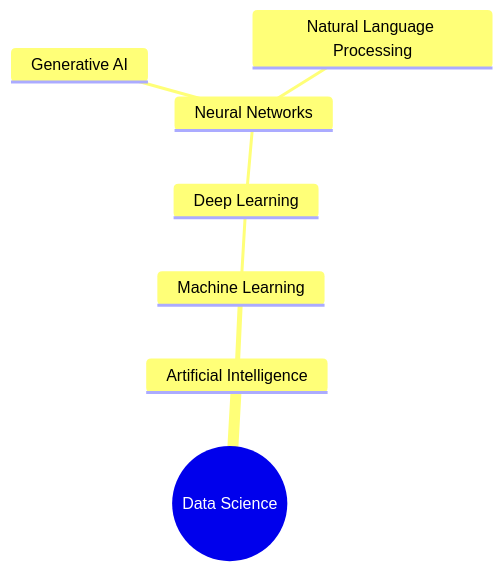
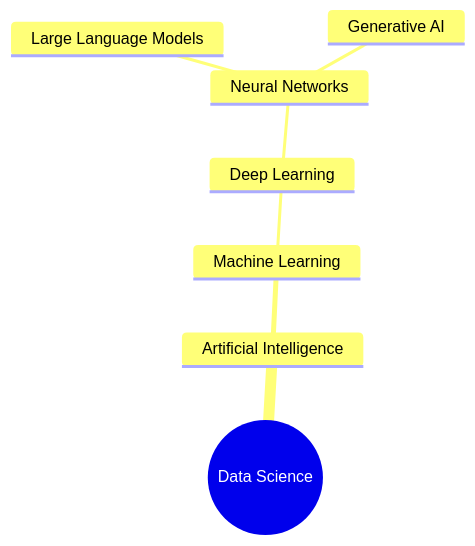
The diagram in introduction/what-is-ai.md (rebeccapeltz/using-ai), drawn with Mermaid before and after one commit. The commit also changed other lines of this file and 3 other files, not shown here.

````diff
--- a/introduction/what-is-ai.md
+++ b/introduction/what-is-ai.md
@@ -67,10 +69,10 @@
 ```mermaid
 mindmap
   root((Data Science))
     Artificial Intelligence
       Machine Learning
         Deep Learning
           Neural Networks
+            Large Language Models
             Generative AI
-            Natural Language Processing
 ```
````
